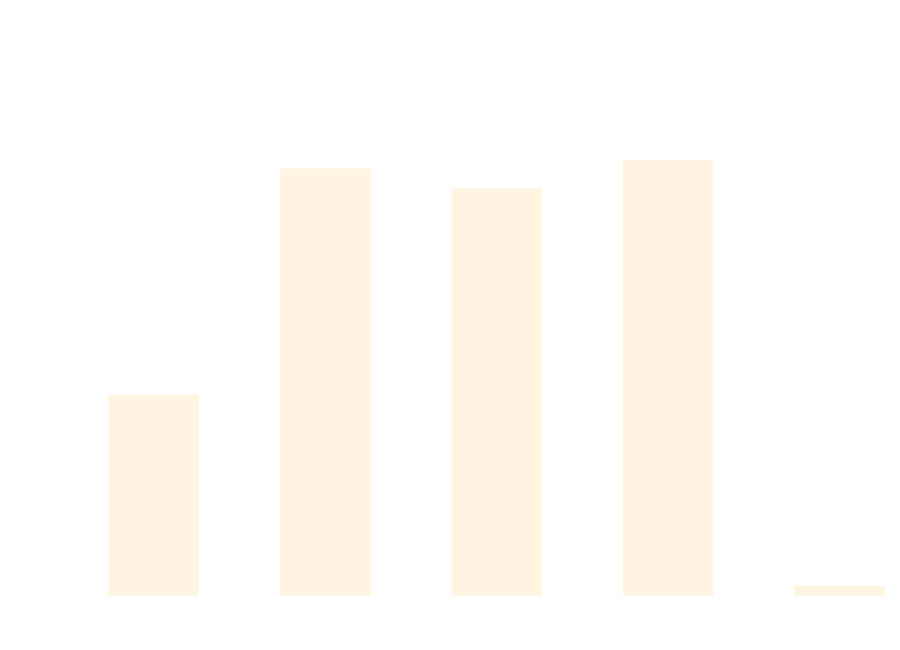
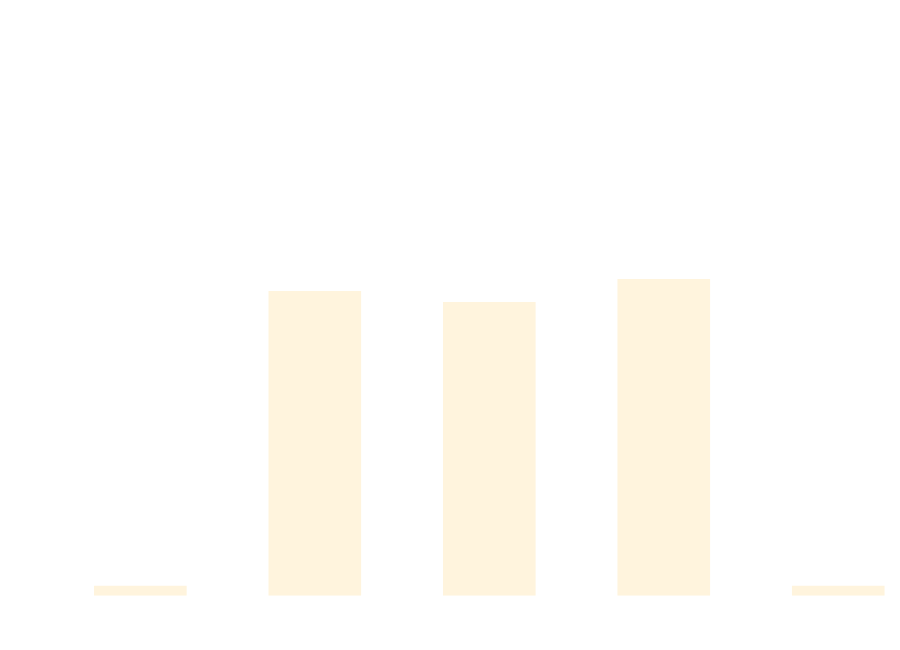
Before and after one commit to thomhurst/TUnit: the diagram in docs/docs/benchmarks/SetupTeardownTests.md, drawn with Mermaid. The commit also changed other lines of this file and 16 other files, not shown here.

````diff
--- a/docs/docs/benchmarks/SetupTeardownTests.md
+++ b/docs/docs/benchmarks/SetupTeardownTests.md
@@ -27,37 +27,37 @@
 ```mermaid
 %%{init: {
   'theme':'base',
   'themeVariables': {
     'primaryColor': '#2563eb',
     'primaryTextColor': '#ffffff',
     'primaryBorderColor': '#1e40af',
     'lineColor': '#6b7280',
     'secondaryColor': '#7c3aed',
     'tertiaryColor': '#dc2626',
     'background': '#ffffff',
     'mainBkg': '#2563eb',
     'secondBkg': '#7c3aed',
     'tertiaryBkg': '#dc2626',
     'clusterBkg': '#f3f4f6',
     'edgeLabelBackground': '#ffffff',
     'tertiaryTextColor': '#1f2937',
     'pie1': '#2563eb',
     'pie2': '#7c3aed',
     'pie3': '#dc2626',
     'pie4': '#f59e0b',
     'pie5': '#10b981',
     'pie6': '#06b6d4',
     'pie7': '#ec4899',
     'pie8': '#6366f1',
     'pie9': '#84cc16',
     'pie10': '#f97316',
     'pie11': '#14b8a6',
     'pie12': '#a855f7'
   }
 }}%%
 xychart-beta
   title "SetupTeardownTests Performance Comparison"
   x-axis ["TUnit", "NUnit", "MSTest", "xUnit3", "TUnit_AOT"]
-  y-axis "Time (ms)" 0 --> 1458
-  bar [544.5, 1190.5, 1133.6, 1214.5, 0]
+  y-axis "Time (ms)" 0 --> 2
+  bar [0, 1.153, 1.11, 1.2, 0]
 ```
````
